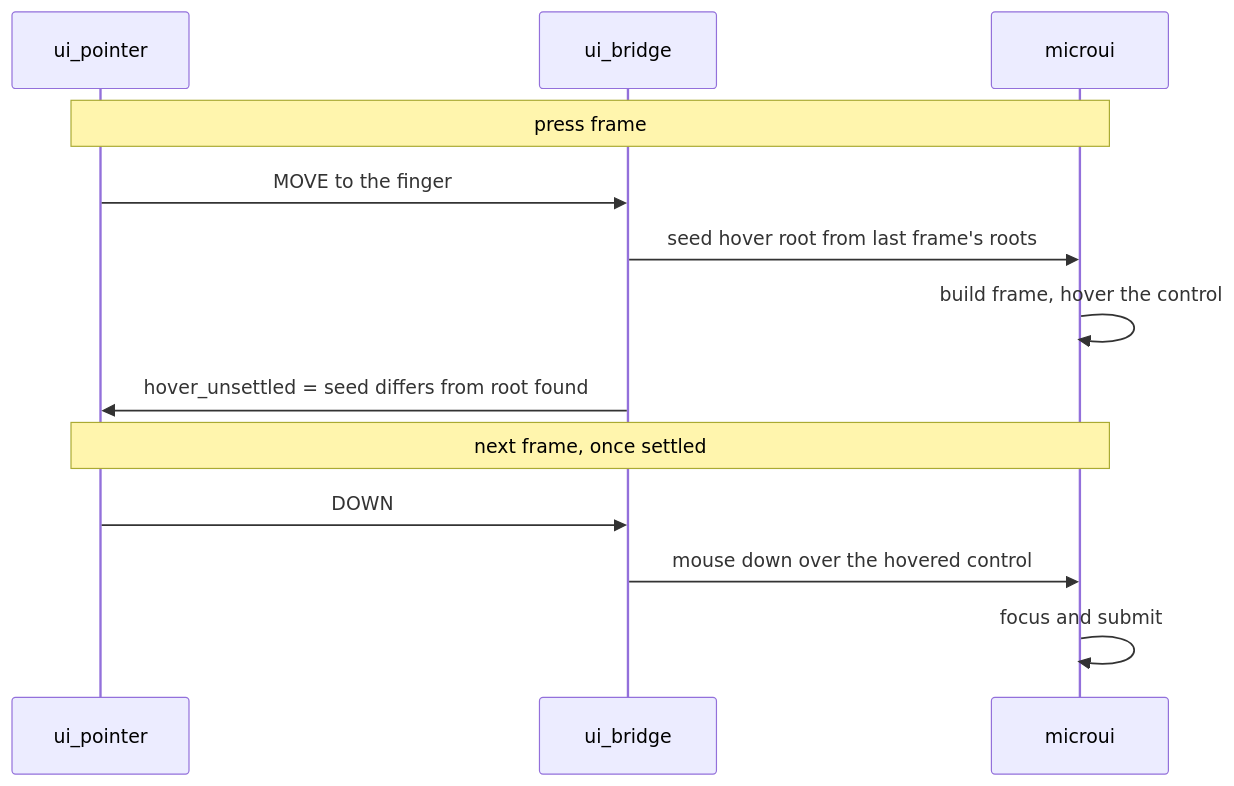
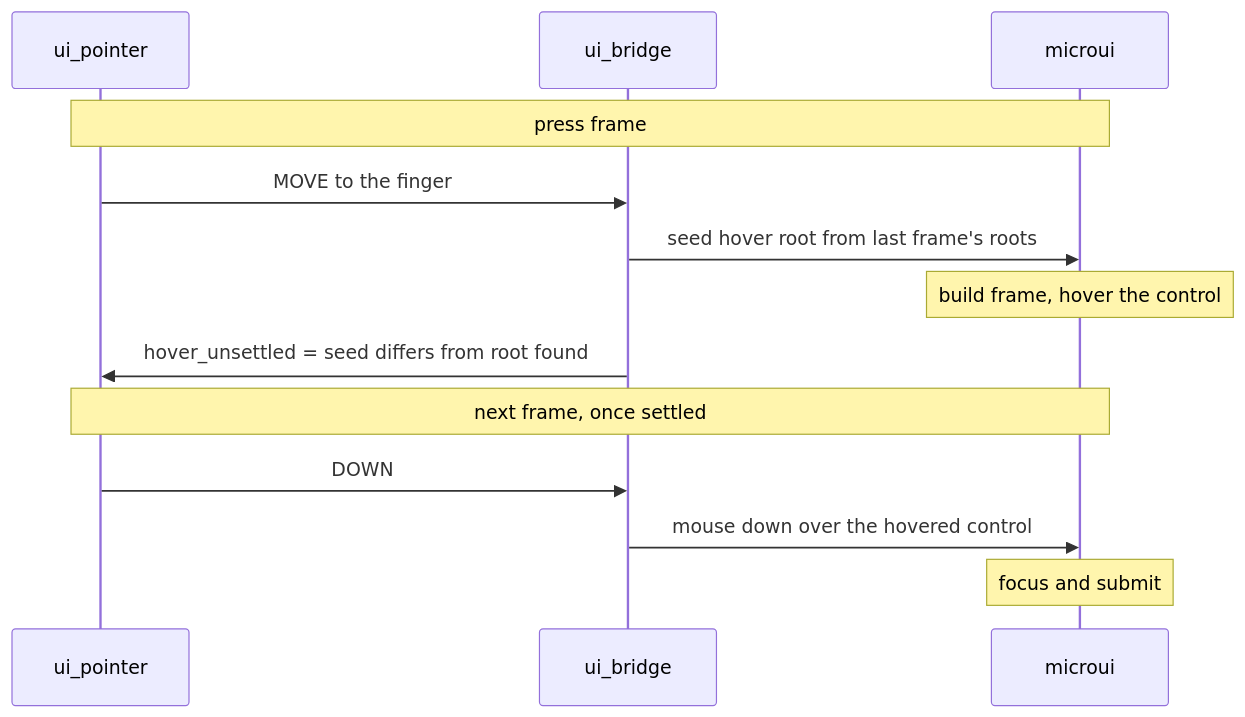
One commit to jose-villegas/autana changed the second of 2 diagrams in docs/firmware/UI.md. Above: the diagram before and after it, drawn with Mermaid. The commit also changed 2 other files, not shown here.

Commit message:
docs: fix overlapping labels in the frame-loop, present and UI diagrams (autana-s9u0)

````diff
--- a/docs/firmware/UI.md
+++ b/docs/firmware/UI.md
@@ -106,15 +106,15 @@
 ```mermaid
 sequenceDiagram
     participant P as ui_pointer
     participant B as ui_bridge
     participant M as microui
     Note over P,M: press frame
     P->>B: MOVE to the finger
     B->>M: seed hover root from last frame's roots
-    M->>M: build frame, hover the control
+    Note over M: build frame, hover the control
     B->>P: hover_unsettled = seed differs from root found
     Note over P,M: next frame, once settled
     P->>B: DOWN
     B->>M: mouse down over the hovered control
-    M->>M: focus and submit
+    Note over M: focus and submit
 ```
````
